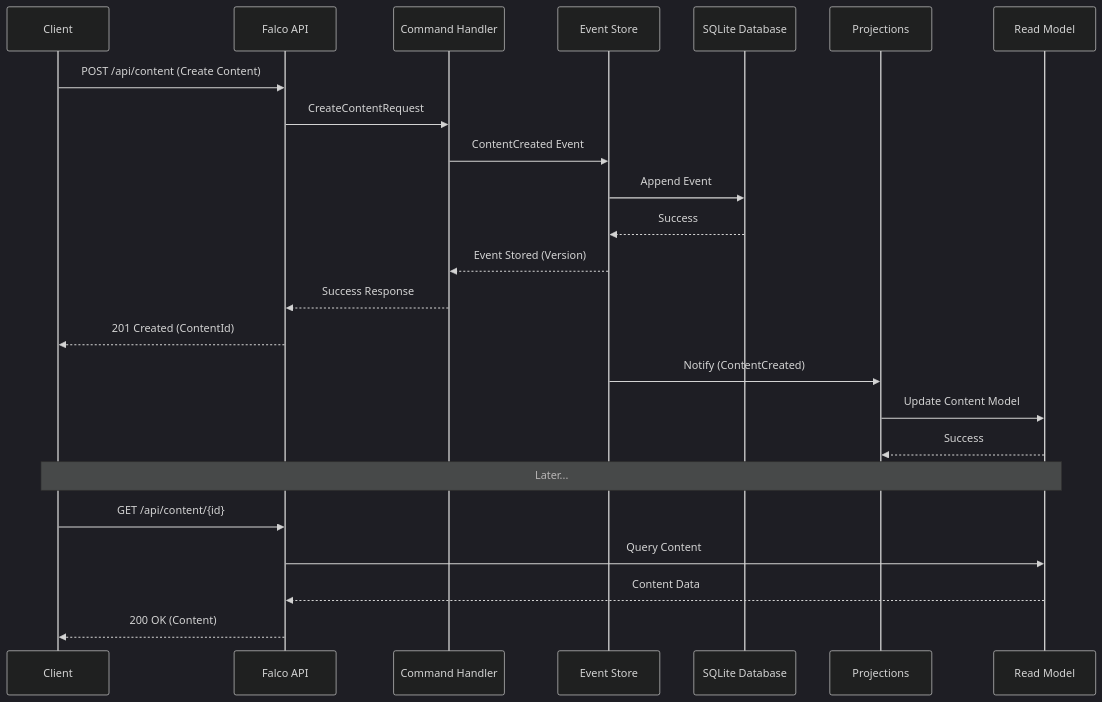
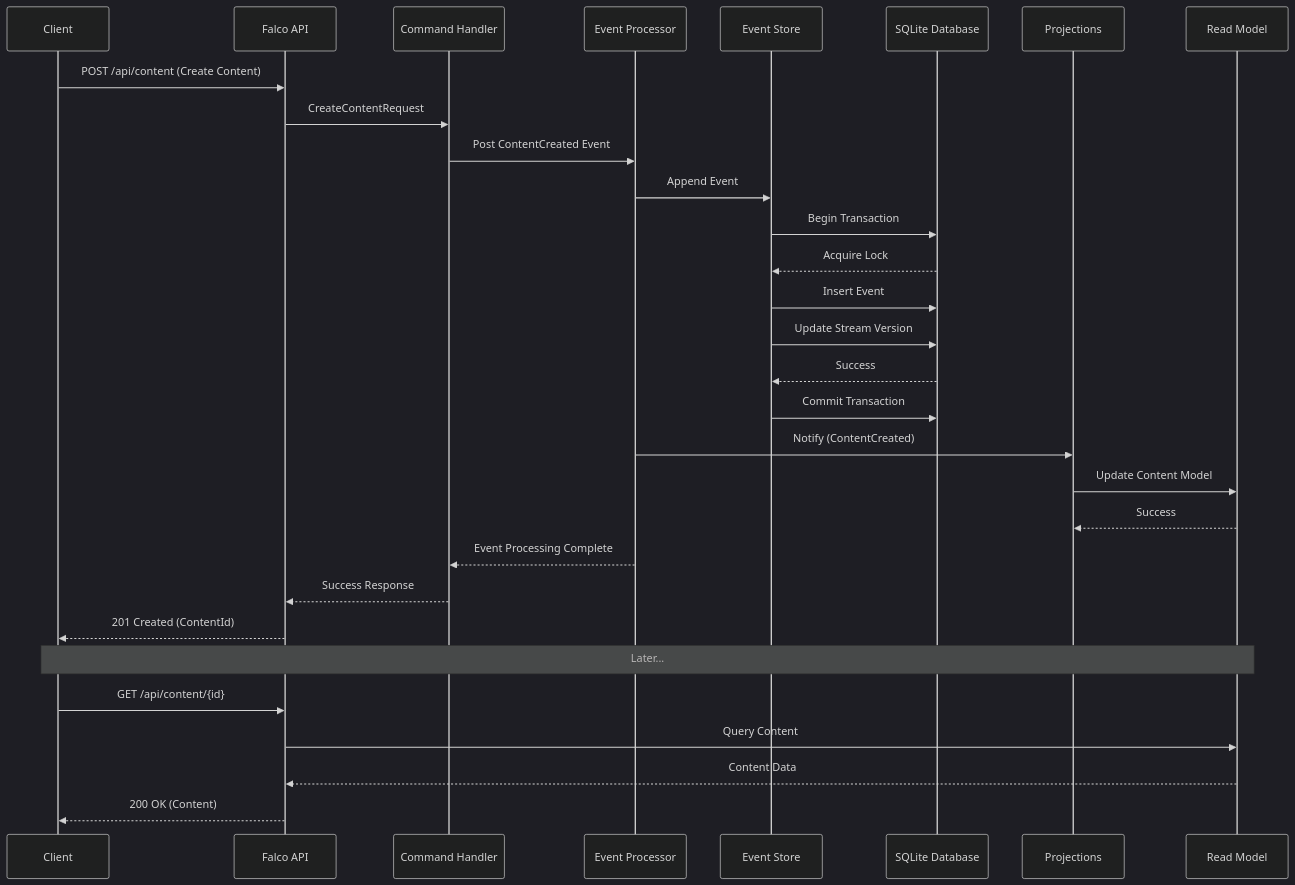
One commit to speakeztech/FlightDeck changed the second of 2 diagrams in docs/09 Event Sourcing with SQLite.md. Above: the diagram before and after it, drawn with Mermaid. The commit also changed other lines of this file, not shown here.

````diff
--- a/docs/09 Event Sourcing with SQLite.md
+++ b/docs/09 Event Sourcing with SQLite.md
@@ -673,31 +801,36 @@
 ```mermaid
 %%{init: {'theme': 'dark'}}%%
 sequenceDiagram
     participant Client
     participant API as Falco API
     participant CommandHandler as Command Handler
+    participant EventProcessor as Event Processor
     participant EventStore as Event Store
     participant SQLite as SQLite Database
     participant Projections as Projections
     participant ReadModel as Read Model
 
     Client->>API: POST /api/content (Create Content)
     API->>CommandHandler: CreateContentRequest
-    CommandHandler->>EventStore: ContentCreated Event
-    EventStore->>SQLite: Append Event
+    CommandHandler->>EventProcessor: Post ContentCreated Event
+    EventProcessor->>EventStore: Append Event
+    EventStore->>SQLite: Begin Transaction
+    SQLite-->>EventStore: Acquire Lock
+    EventStore->>SQLite: Insert Event
+    EventStore->>SQLite: Update Stream Version
     SQLite-->>EventStore: Success
-    EventStore-->>CommandHandler: Event Stored (Version)
+    EventStore->>SQLite: Commit Transaction
+    EventProcessor->>Projections: Notify (ContentCreated)
+    Projections->>ReadModel: Update Content Model
+    ReadModel-->>Projections: Success
+    EventProcessor-->>CommandHandler: Event Processing Complete
     CommandHandler-->>API: Success Response
     API-->>Client: 201 Created (ContentId)
-
-    EventStore->>Projections: Notify (ContentCreated)
-    Projections->>ReadModel: Update Content Model
-    ReadModel-->>Projections: Success
     
     Note over Client,ReadModel: Later...
     
     Client->>API: GET /api/content/{id}
     API->>ReadModel: Query Content
     ReadModel-->>API: Content Data
     API-->>Client: 200 OK (Content)
 ```
````
